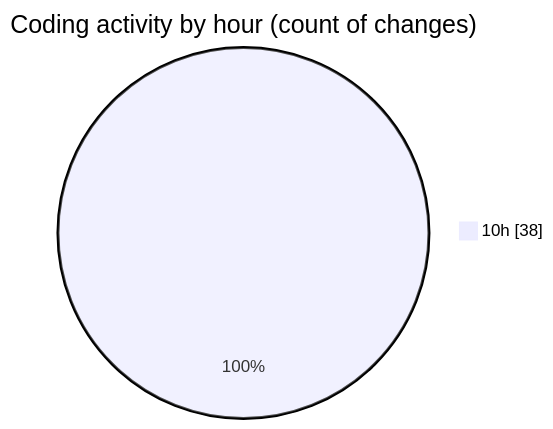
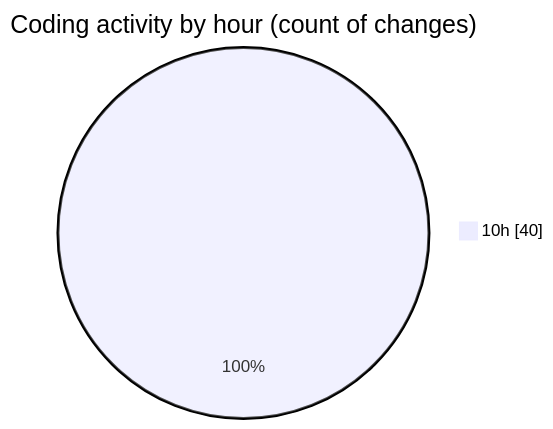
One commit to CELIANVF/code-tracking changed the second of 2 diagrams in 2025-05-15/ecodeli-1/README.md. Above: the diagram before and after it, drawn with Mermaid. The commit also changed other lines of this file and 1 other file, not shown here.

````diff
--- a/2025-05-15/ecodeli-1/README.md
+++ b/2025-05-15/ecodeli-1/README.md
@@ -46,5 +47,5 @@
 ```mermaid
 pie showData
 title Coding activity by hour (count of changes)
-"10h" : 38
+"10h" : 40
 ```
````
